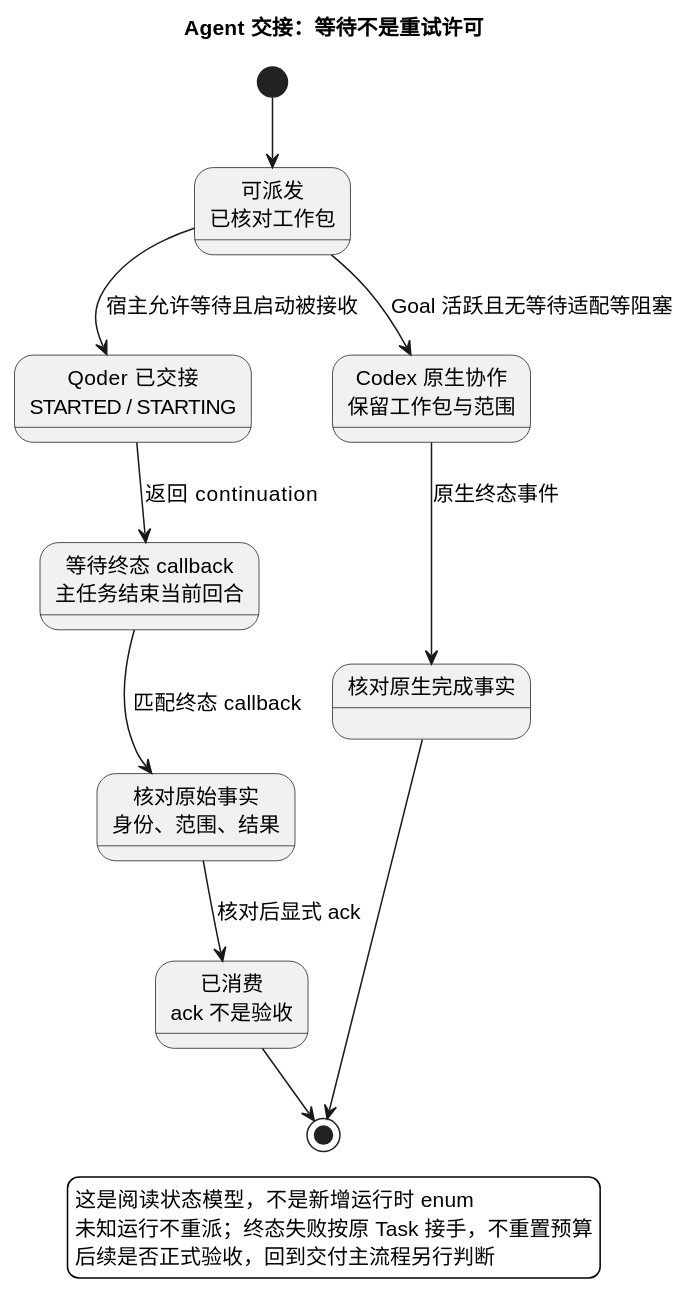
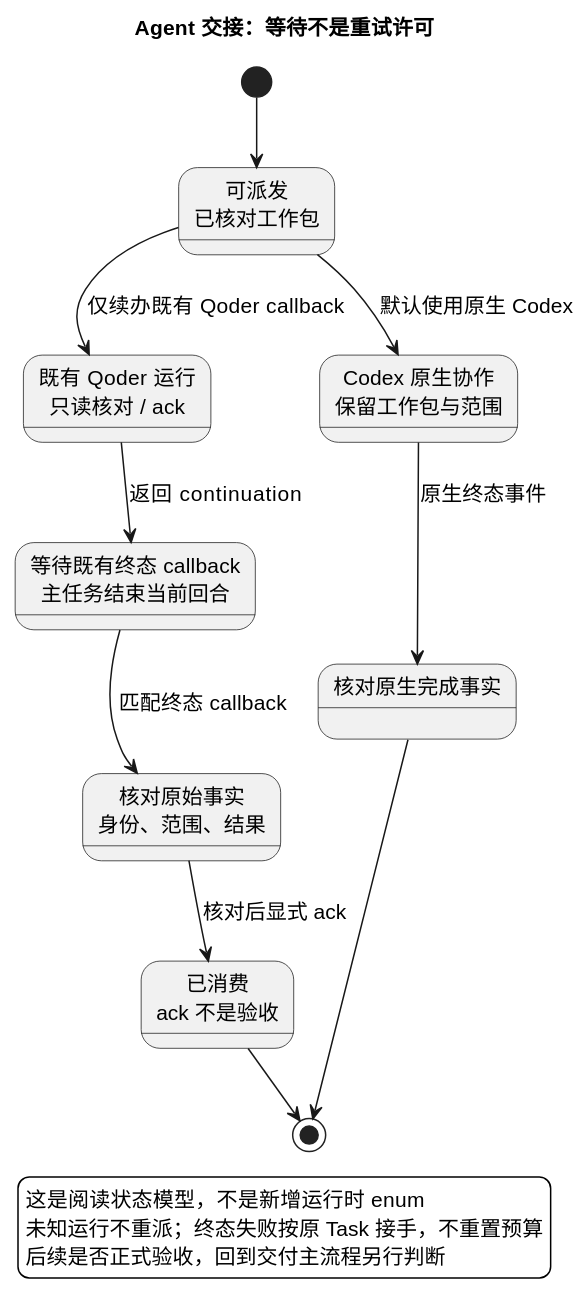
One commit to iampkuhz/lexiflow changed the diagram in docs/development/agent-workflow.md. Above: the diagram before and after it, drawn with PlantUML. The commit also changed other lines of this file and 9 other files, not shown here.

````diff
--- a/docs/development/agent-workflow.md
+++ b/docs/development/agent-workflow.md
@@ -9,33 +9,33 @@
 ```plantuml
 @startuml
 skinparam backgroundColor white
 skinparam defaultFontName SansSerif
 skinparam defaultFontSize 14
 skinparam shadowing false
 skinparam nodesep 40
 skinparam ranksep 45
 top to bottom direction
 title Agent 交接：等待不是重试许可
 state "可派发\n已核对工作包" as Ready
-state "Qoder 已交接\nSTARTED / STARTING" as Handoff
-state "等待终态 callback\n主任务结束当前回合" as Waiting
+state "既有 Qoder 运行\n只读核对 / ack" as Handoff
+state "等待既有终态 callback\n主任务结束当前回合" as Waiting
 state "核对原始事实\n身份、范围、结果" as Checking
 state "已消费\nack 不是验收" as Acked
 state "Codex 原生协作\n保留工作包与范围" as Codex
 state "核对原生完成事实" as Done
 [*] --> Ready
-Ready --> Handoff : 宿主允许等待且启动被接收
-Ready --> Codex : Goal 活跃且无等待适配等阻塞
+Ready --> Codex : 默认使用原生 Codex
+Ready --> Handoff : 仅续办既有 Qoder callback
 Handoff --> Waiting : 返回 continuation
 Waiting --> Checking : 匹配终态 callback
 Checking --> Acked : 核对后显式 ack
 Codex --> Done : 原生终态事件
 Done --> [*]
 Acked --> [*]
 legend bottom
 这是阅读状态模型，不是新增运行时 enum
 未知运行不重派；终态失败按原 Task 接手，不重置预算
 后续是否正式验收，回到交付主流程另行判断
 endlegend
 @enduml
 ```
````
